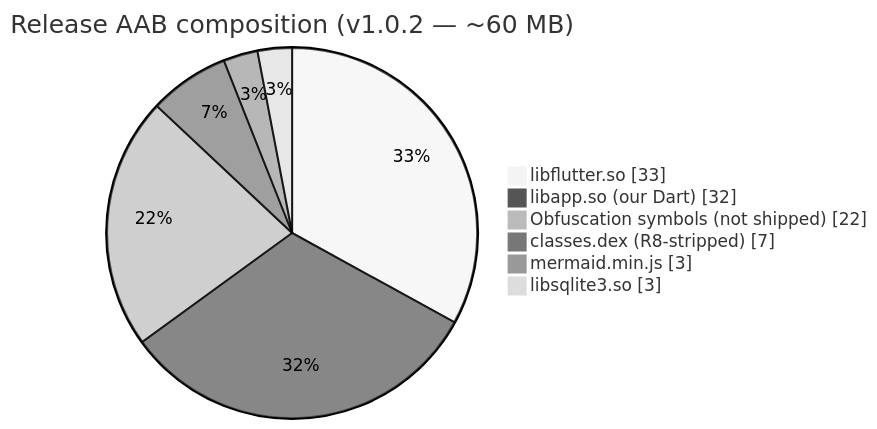
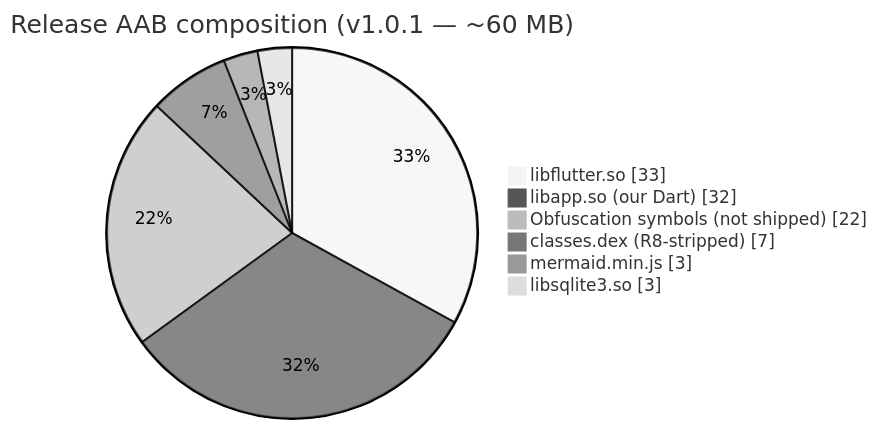
One commit to cemililik/markdown-viewer-mobile changed the first of 4 diagrams in docs/examples/05-mermaid/pie.md. Above: the diagram before and after it, drawn with Mermaid (neutral theme). The commit also changed 7 other files, not shown here.

````diff
--- a/docs/examples/05-mermaid/pie.md
+++ b/docs/examples/05-mermaid/pie.md
@@ -9,10 +9,10 @@
 ```mermaid
 pie showData
-    title Release AAB composition (v1.0.2 — ~60 MB)
+    title Release AAB composition (v1.0.1 — ~60 MB)
     "libflutter.so" : 33
     "libapp.so (our Dart)" : 32
     "Obfuscation symbols (not shipped)" : 22
     "classes.dex (R8-stripped)" : 7
     "mermaid.min.js" : 3
     "libsqlite3.so" : 3
 ```
````
